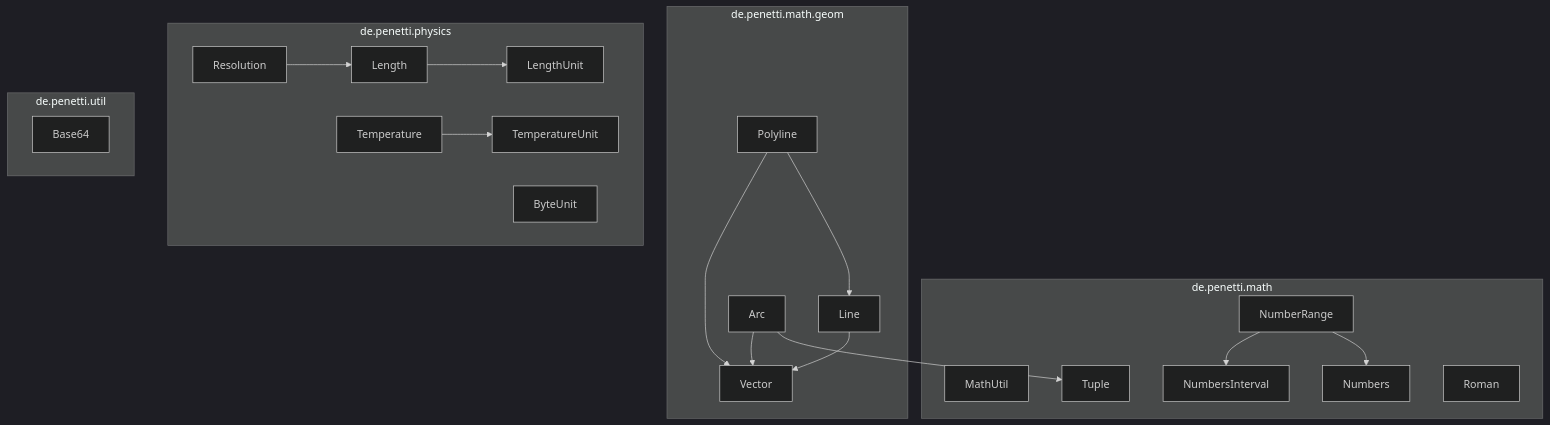
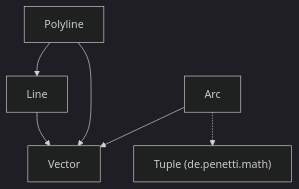
One commit to ESPe71/math-tools changed the second of 4 diagrams in ueberblick.md. Above: the diagram before and after it, drawn with Mermaid (dark theme). The commit also changed other lines of this file, not shown here.

Commit message:
ueberblick.md: Mermaid-Diagramme pro Paket untereinander

````diff
--- a/ueberblick.md
+++ b/ueberblick.md
@@ -5,39 +18,8 @@
 ```mermaid
 graph TD
-  subgraph math["de.penetti.math"]
-    MathUtil
-    Numbers
-    NumbersInterval
-    NumberRange
-    Tuple
-    Roman
-  end
-  subgraph geom["de.penetti.math.geom"]
-    Vector
-    Line
-    Polyline
-    Arc
-  end
-  subgraph physics["de.penetti.physics"]
-    LengthUnit
-    Length
-    Resolution
-    TemperatureUnit
-    Temperature
-    ByteUnit
-  end
-  subgraph util["de.penetti.util"]
-    Base64
-  end
-
-  NumberRange --> NumbersInterval
-  NumberRange --> Numbers
   Line --> Vector
   Polyline --> Vector
   Polyline --> Line
   Arc --> Vector
-  Arc --> Tuple
-  Length --> LengthUnit
-  Resolution --> Length
-  Temperature --> TemperatureUnit
+  Arc -.-> Tuple["Tuple (de.penetti.math)"]
 ```
````
